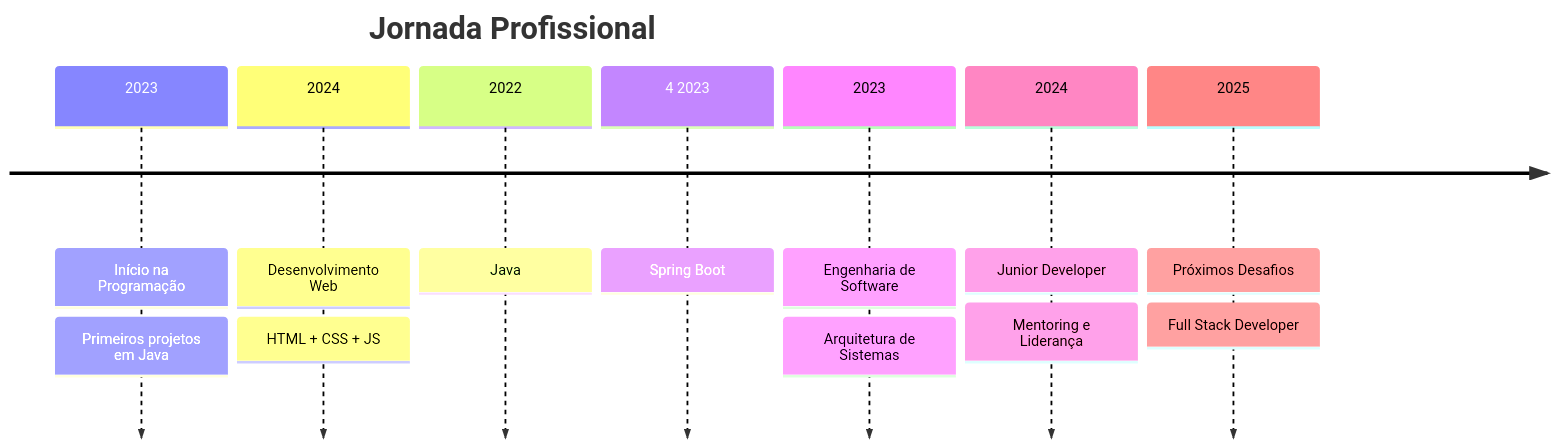
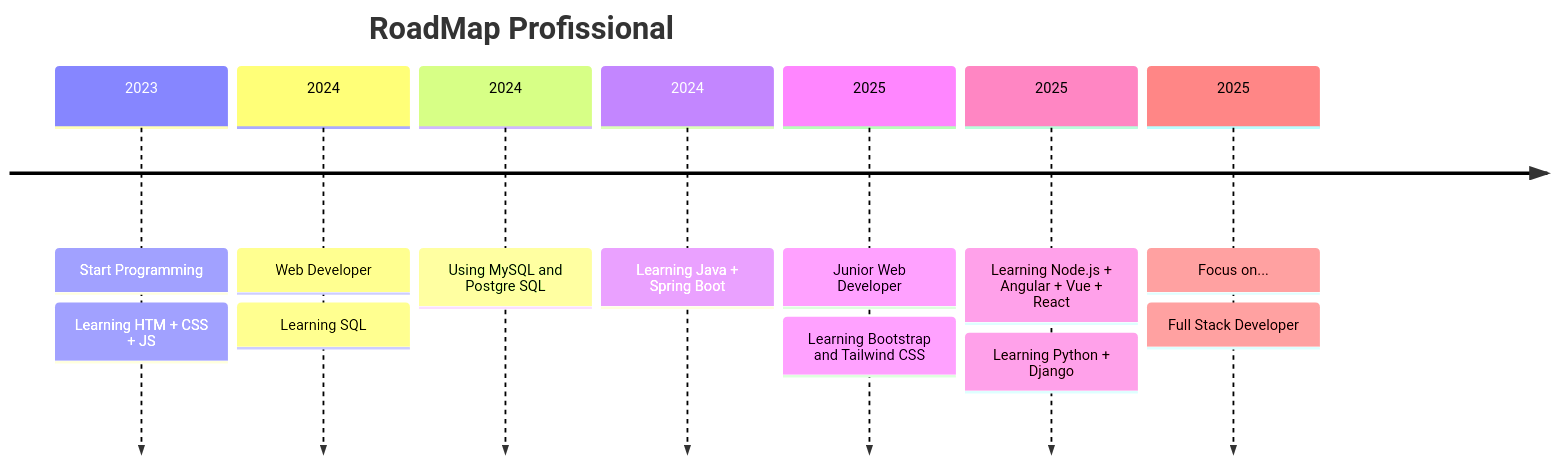
One commit to M4uroL/M4uroL changed the diagram in README.md. Above: the diagram before and after it, drawn with Mermaid.

````diff
--- a/README.md
+++ b/README.md
@@ -215,16 +215,16 @@
 ```mermaid
 timeline
-    title Jornada Profissional
-    2023 : Início na Programação
-         : Primeiros projetos em Java
-    2024 : Desenvolvimento Web
-         : HTML + CSS + JS
-    2022 : Java
-  4 2023 : Spring Boot
-    2023 : Engenharia de Software
-         : Arquitetura de Sistemas
-    2024 : Junior Developer
-         : Mentoring e Liderança
-    2025 : Próximos Desafios
+    title RoadMap Profissional
+    2023 : Start Programming
+         : Learning HTM + CSS + JS
+    2024 : Web Developer
+         : Learning SQL
+    2024 : Using MySQL and Postgre SQL
+    2024 : Learning Java + Spring Boot
+    2025 : Junior Web Developer
+         : Learning Bootstrap and Tailwind CSS
+    2025 : Learning Node.js + Angular + Vue + React
+         : Learning Python + Django
+    2025 : Focus on...
          : Full Stack Developer 
 ```
````
